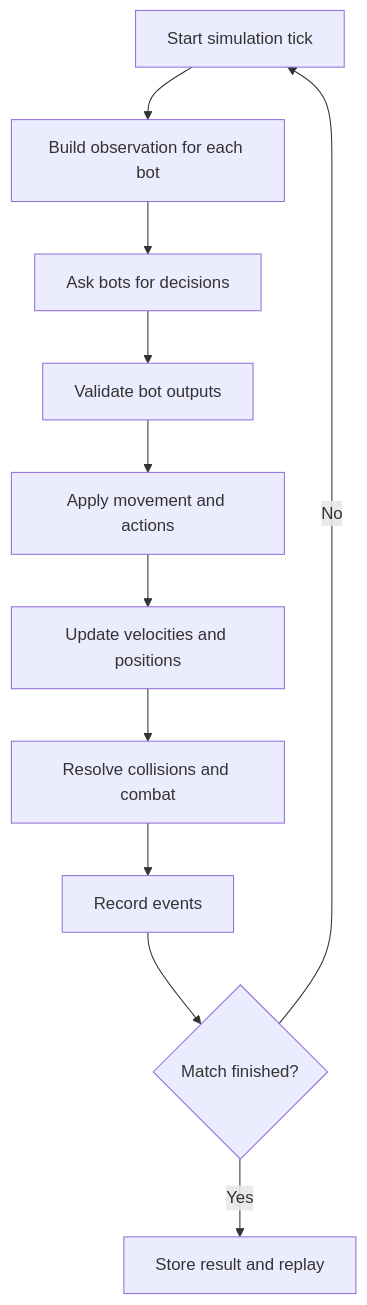
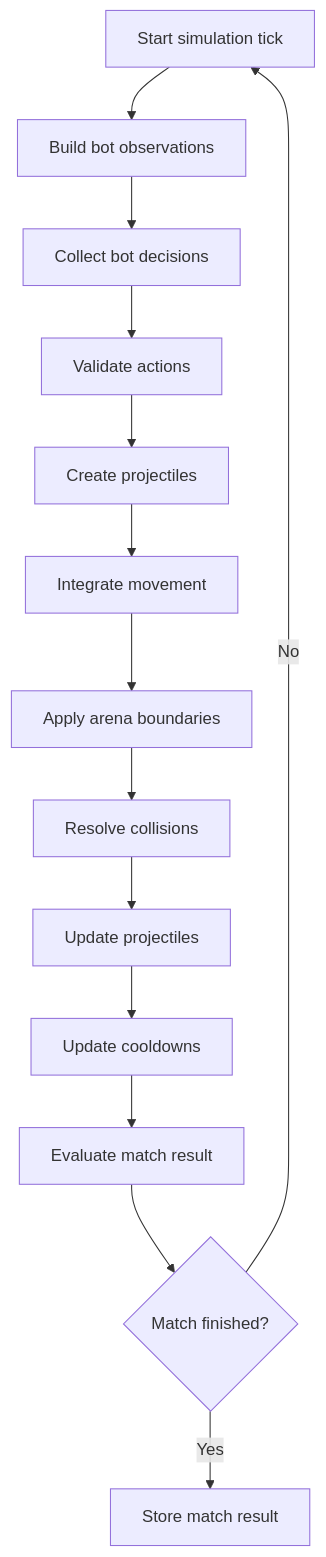
One commit to SonicTheLightning/fork-royale changed the diagram in README.md. Above: the diagram before and after it, drawn with Mermaid. The commit also changed other lines of this file, not shown here.

````diff
--- a/README.md
+++ b/README.md
@@ -99,13 +181,16 @@
 ```mermaid
 flowchart TD
-    A[Start simulation tick] --> B[Build observation for each bot]
-    B --> C[Ask bots for decisions]
-    C --> D[Validate bot outputs]
-    D --> E[Apply movement and actions]
-    E --> F[Update velocities and positions]
-    F --> G[Resolve collisions and combat]
-    G --> H[Record events]
-    H --> I{Match finished?}
-    I -->|No| A
-    I -->|Yes| J[Store result and replay]
+    A["Start simulation tick"] --> B["Build bot observations"]
+    B --> C["Collect bot decisions"]
+    C --> D["Validate actions"]
+    D --> E["Create projectiles"]
+    E --> F["Integrate movement"]
+    F --> G["Apply arena boundaries"]
+    G --> H["Resolve collisions"]
+    H --> I["Update projectiles"]
+    I --> J["Update cooldowns"]
+    J --> K["Evaluate match result"]
+    K --> L{"Match finished?"}
+    L -->|No| A
+    L -->|Yes| M["Store match result"]
 ```
````
